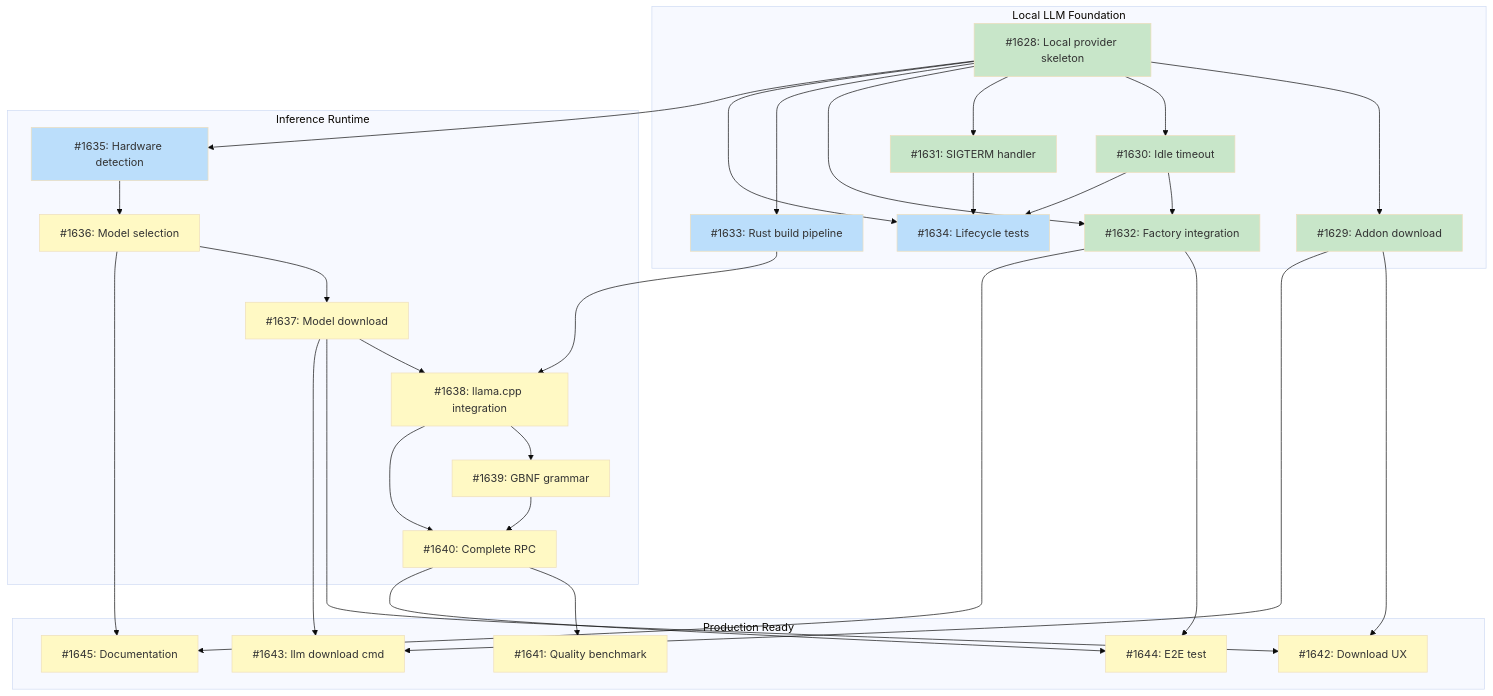
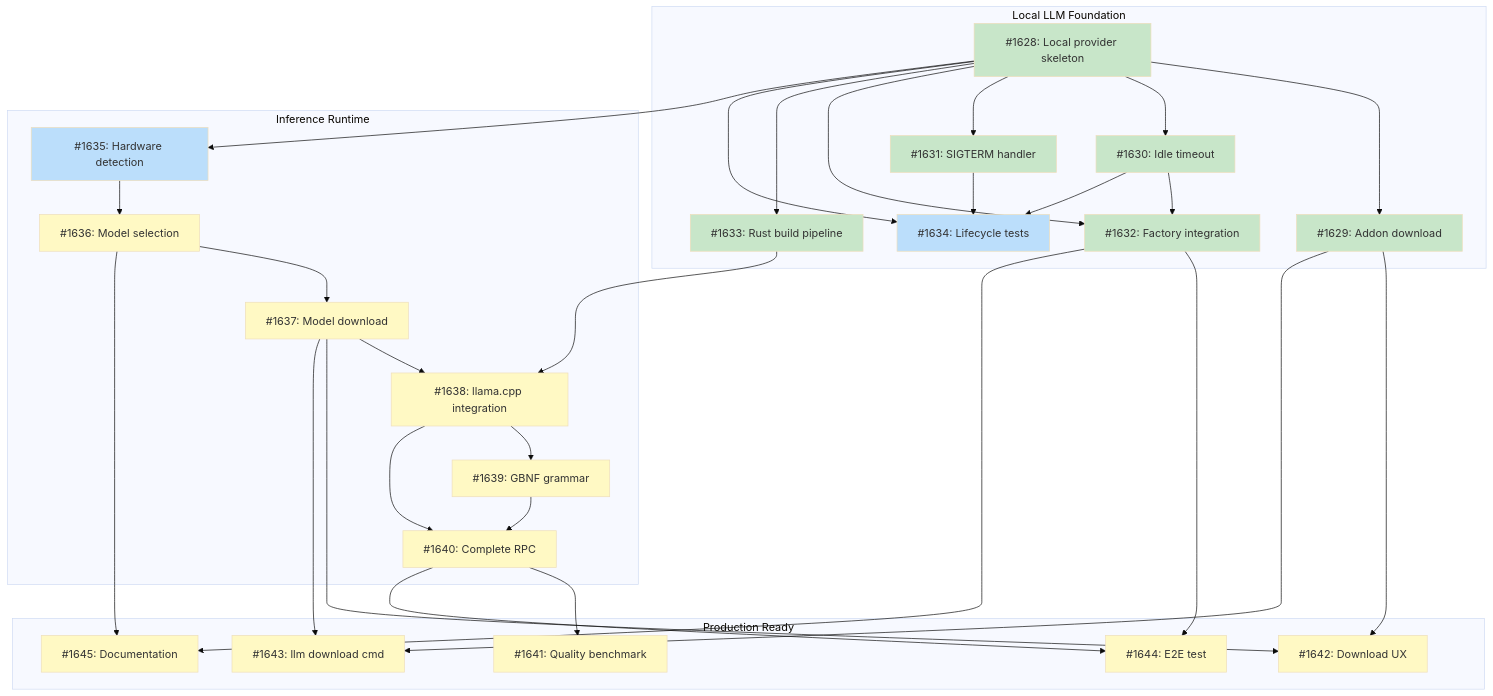
Before and after one commit to tsukumogami/tsuku: the diagram in docs/designs/DESIGN-local-llm-runtime.md, drawn with Mermaid (base theme). The commit also changed other lines of this file and 2 other files, not shown here.

Commit message:
ci(llm): add Rust addon build pipeline
Create GitHub Actions workflow for building tsuku-llm addon:
- Triggers on tsuku-llm-v* tags
- Build matrix covers all platforms:
  - macOS ARM64/AMD64 with Metal
  - Linux AMD64/ARM64 with CUDA, Vulkan, or CPU-only
- Sparse checkout for faster builds
- macOS binaries signed with codesign -s -
- Integration tests validate binary execution
- SHA256 checksums generated and uploaded to release
- Draft release created then published after verification

Add feature flags to Cargo.toml for GPU backends:
- metal: macOS Metal acceleration
- cuda: NVIDIA CUDA acceleration
- vulkan: Cross-platform Vulkan acceleration
- default (cpu): No GPU acceleration

The GPU features are placeholders until llama.cpp integration (#1638).

Closes #1633

````diff
--- a/docs/designs/DESIGN-local-llm-runtime.md
+++ b/docs/designs/DESIGN-local-llm-runtime.md
@@ -74,65 +74,65 @@
 ```mermaid
 graph TD
     subgraph M1["Local LLM Foundation"]
         I1628["#1628: Local provider skeleton"]
         I1629["#1629: Addon download"]
         I1630["#1630: Idle timeout"]
         I1631["#1631: SIGTERM handler"]
         I1632["#1632: Factory integration"]
         I1633["#1633: Rust build pipeline"]
         I1634["#1634: Lifecycle tests"]
     end
 
     subgraph M2["Inference Runtime"]
         I1635["#1635: Hardware detection"]
         I1636["#1636: Model selection"]
         I1637["#1637: Model download"]
         I1638["#1638: llama.cpp integration"]
         I1639["#1639: GBNF grammar"]
         I1640["#1640: Complete RPC"]
     end
 
     subgraph M3["Production Ready"]
         I1641["#1641: Quality benchmark"]
         I1642["#1642: Download UX"]
         I1643["#1643: llm download cmd"]
         I1644["#1644: E2E test"]
         I1645["#1645: Documentation"]
     end
 
     I1628 --> I1629
     I1628 --> I1630
     I1628 --> I1631
     I1628 --> I1632
     I1630 --> I1632
     I1628 --> I1633
     I1628 --> I1634
     I1630 --> I1634
     I1631 --> I1634
     I1628 --> I1635
     I1635 --> I1636
     I1636 --> I1637
     I1633 --> I1638
     I1637 --> I1638
     I1638 --> I1639
     I1638 --> I1640
     I1639 --> I1640
     I1640 --> I1641
     I1629 --> I1642
     I1637 --> I1642
     I1629 --> I1643
     I1637 --> I1643
     I1640 --> I1644
     I1632 --> I1644
     I1632 --> I1645
     I1636 --> I1645
 
     classDef done fill:#c8e6c9
     classDef ready fill:#bbdefb
     classDef blocked fill:#fff9c4
     classDef needsDesign fill:#e1bee7
 
-    class I1628,I1629,I1630,I1631,I1632 done
-    class I1633,I1634,I1635 ready
+    class I1628,I1629,I1630,I1631,I1632,I1633 done
+    class I1634,I1635 ready
     class I1636,I1637,I1638,I1639,I1640,I1641,I1642,I1643,I1644,I1645 blocked
 ```
````
